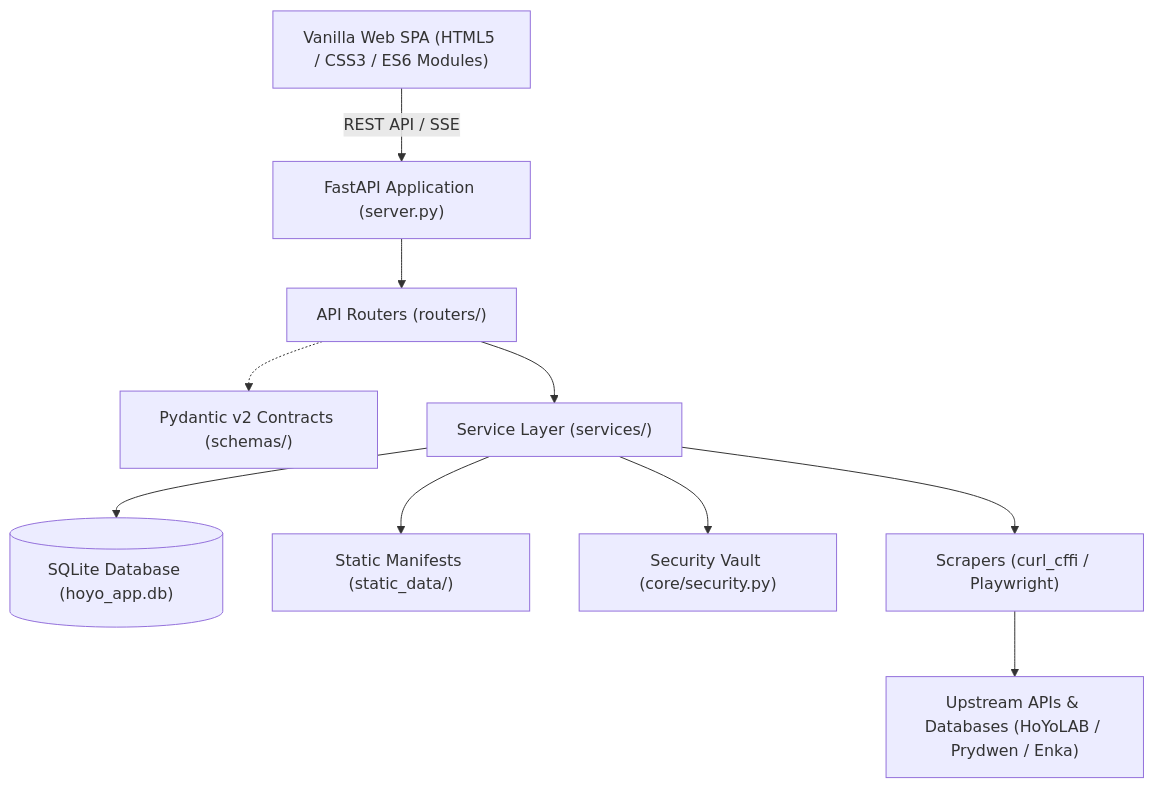
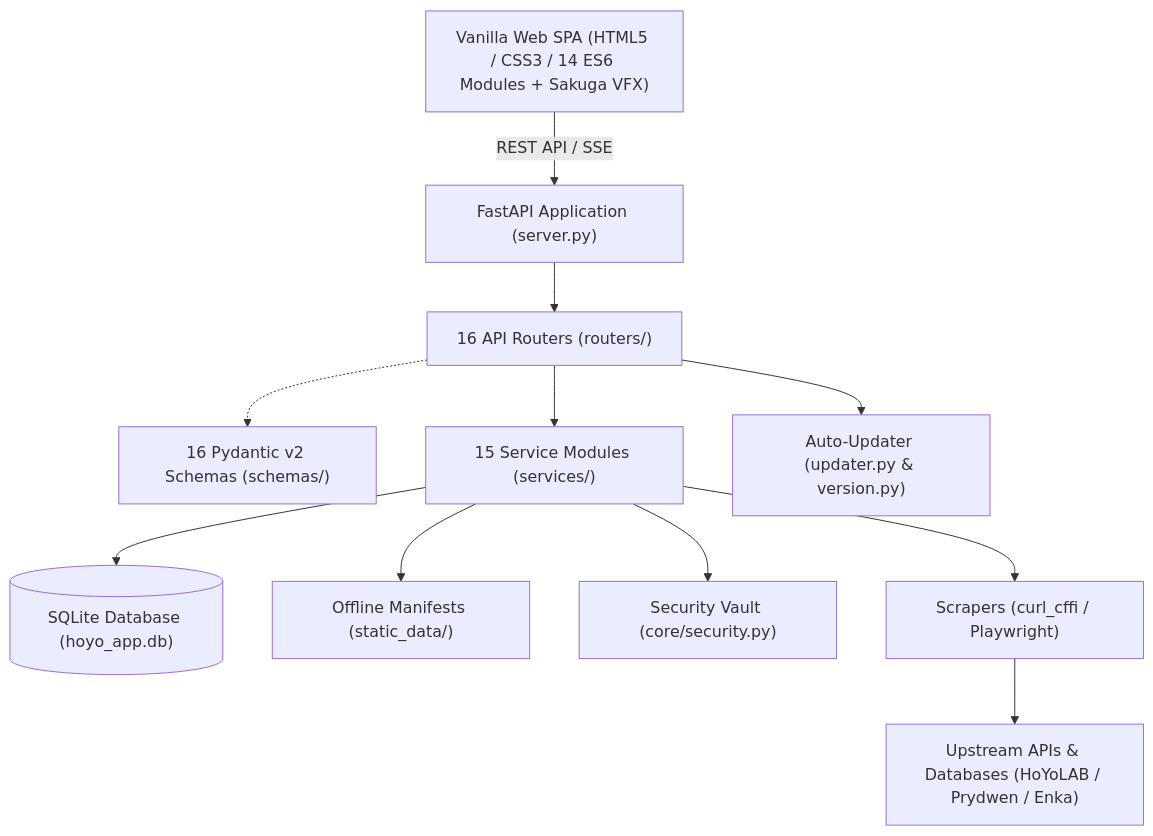
Before and after one commit to Lacas0010/Cabeca_de_Droid: the diagram in README.md, drawn with Mermaid. The commit also changed other lines of this file and 10 other files, not shown here.

Commit message:
docs: atualiza documentacao completa e prepara release v1.2.0 com Auto-Updater

````diff
--- a/README.md
+++ b/README.md
@@ -214,12 +196,13 @@
 ```mermaid
 graph TD
-    UI["Vanilla Web SPA (HTML5 / CSS3 / ES6 Modules)"] -->|REST API / SSE| API["FastAPI Application (server.py)"]
-    API --> Routers["API Routers (routers/)"]
-    Routers -.-> Schemas["Pydantic v2 Contracts (schemas/)"]
-    Routers --> Services["Service Layer (services/)"]
+    UI["Vanilla Web SPA (HTML5 / CSS3 / 14 ES6 Modules + Sakuga VFX)"] -->|REST API / SSE| API["FastAPI Application (server.py)"]
+    API --> Routers["16 API Routers (routers/)"]
+    Routers -.-> Schemas["16 Pydantic v2 Schemas (schemas/)"]
+    Routers --> Services["15 Service Modules (services/)"]
+    Routers --> Updater["Auto-Updater (updater.py & version.py)"]
     Services --> DB[("SQLite Database (hoyo_app.db)")]
-    Services --> Static["Static Manifests (static_data/)"]
+    Services --> Static["Offline Manifests (static_data/)"]
     Services --> Vault["Security Vault (core/security.py)"]
     Services --> Scrapers["Scrapers (curl_cffi / Playwright)"]
     Scrapers --> Ext["Upstream APIs & Databases (HoYoLAB / Prydwen / Enka)"]
 ```
````
